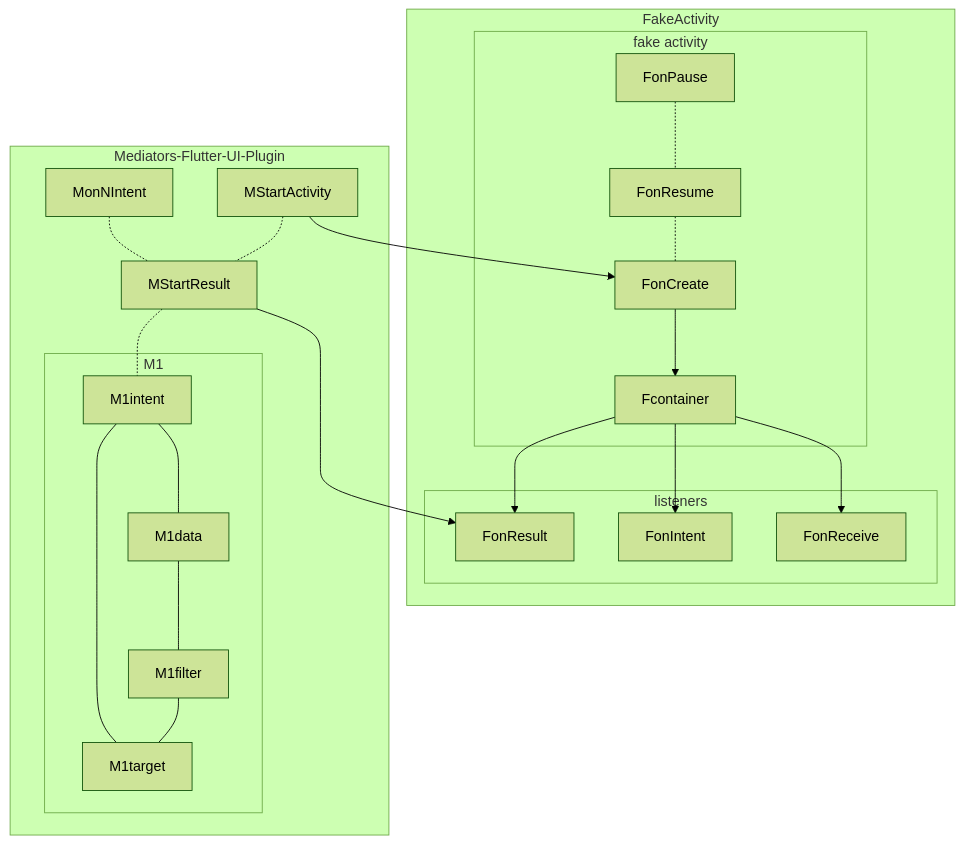
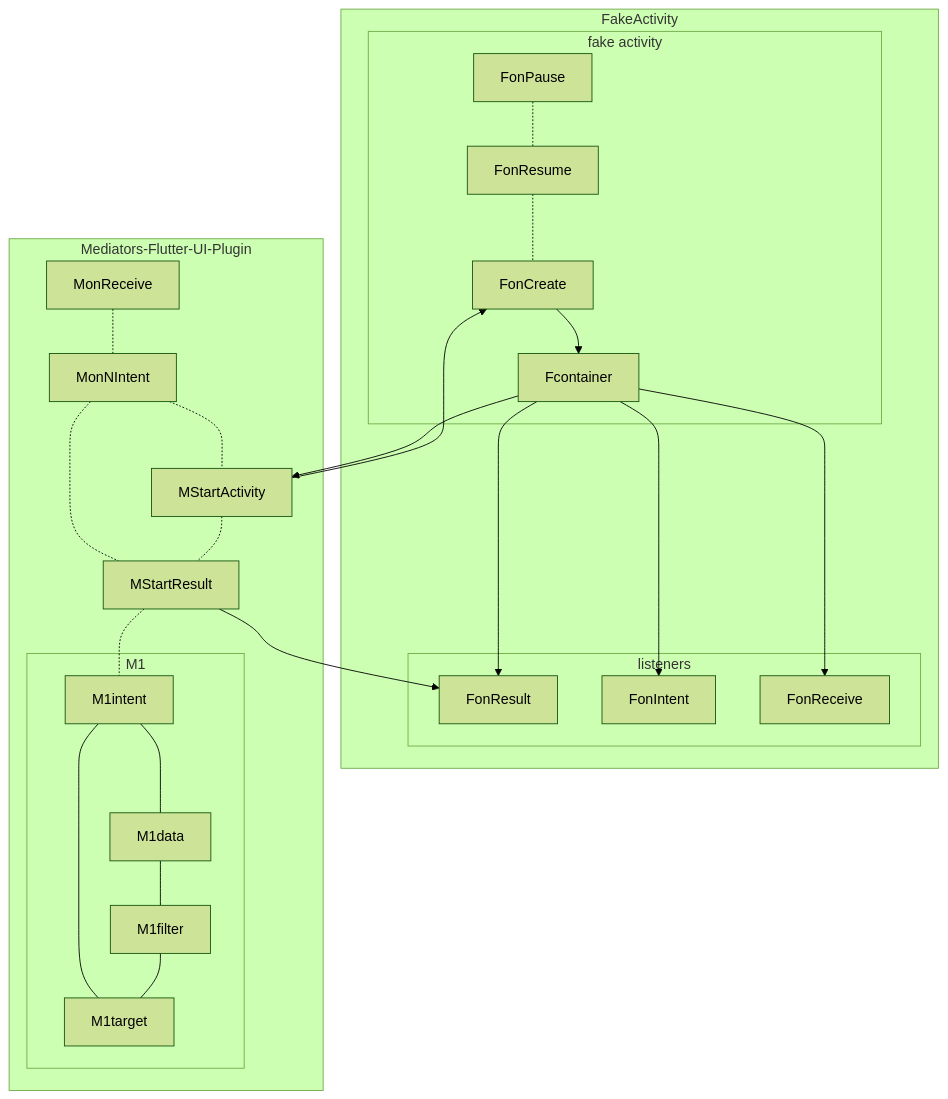
Before and after one commit to gordianknotC/nxp_note: the second of 2 diagrams in flutter/android_to_flutter.md, drawn with Mermaid (forest theme). The commit also changed other lines of this file, not shown here.

Commit message:
flutter/android_to_flutter.md updated from https://stackedit.io/

````diff
--- a/flutter/android_to_flutter.md
+++ b/flutter/android_to_flutter.md
@@ -71,42 +71,45 @@
 ```mermaid
 graph TB
 	
 	
 	
 	subgraph FakeActivity
 		FonCreate
 		FonPause 
 		FonResume 
 		FonResult 
 		FonIntent 
 		FonReceive 
 		
 		subgraph fake activity
 			FonPause -.- FonResume
 			FonResume -.- FonCreate
 			FonCreate --> Fcontainer
 		end
 		
 		subgraph listeners
 			Fcontainer --> FonIntent
 			Fcontainer --> FonResult
 			Fcontainer --> FonReceive
 		end
 	end
 
 	subgraph Mediators-Flutter-UI-Plugin
 		MStartActivity --> FonCreate
 		MStartResult --> FonResult
 		MonNIntent -.- MStartResult
+		MonReceive -.- MonNIntent
+		MonNIntent -.- MStartActivity
 		subgraph M1
 			M1intent --- M1target
 			M1intent --- M1data
 			M1data --- M1filter
 			M1filter --- M1target
 		end
 		MStartActivity
 		MStartResult
 		MStartActivity -.- MStartResult
 		MStartResult -.- M1intent
 	end
+	Fcontainer --> MStartActivity
 ```
````
